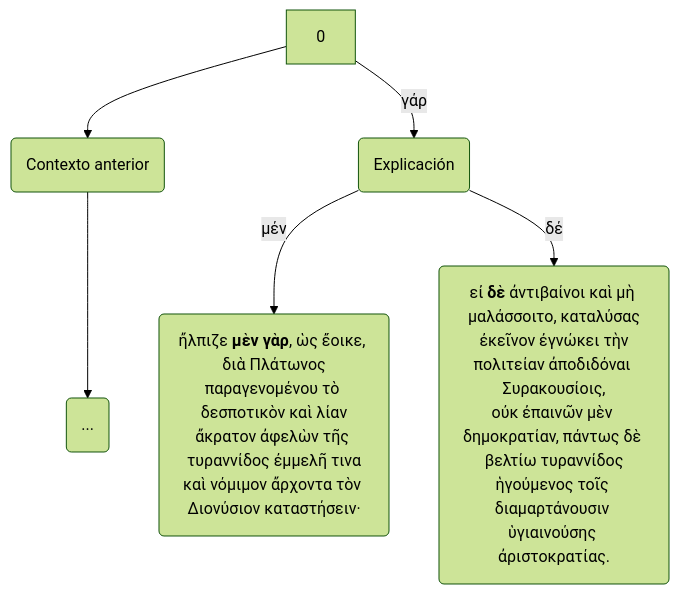
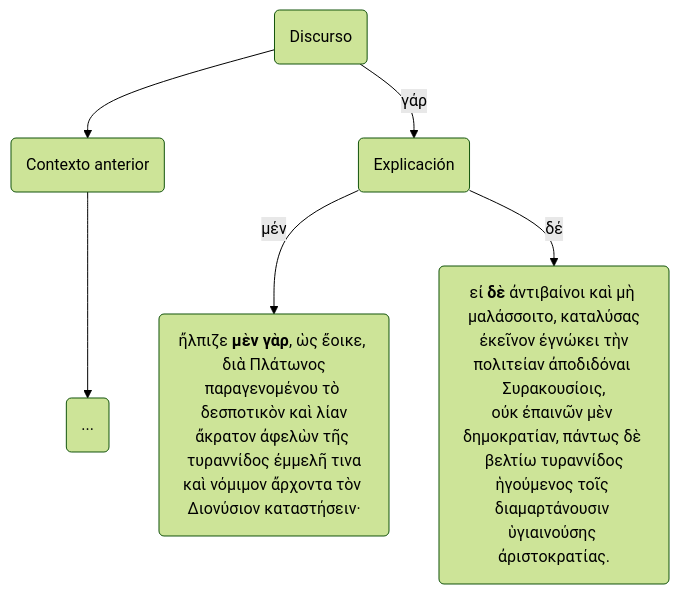
Diagram 11 of 18 in docs/Plutarch_Dion/Dion.md (pajaro1966/Asignaturas), drawn with Mermaid (forest theme) before and after one commit. The commit also changed other lines of this file and 4 other files, not shown here.

````diff
--- a/docs/Plutarch_Dion/Dion.md
+++ b/docs/Plutarch_Dion/Dion.md
@@ -789,13 +789,13 @@
     ```mermaid
     graph TB
-    0-->A("Contexto anterior")-->A1("...")
+    0("Discurso")-->A("Contexto anterior")-->A1("...")
     0-->|"γάρ"|B("Explicación")
     B-->|"μέν"|B1("ἤλπιζε <b>μὲν γὰρ</b>, ὡς ἔοικε, διὰ Πλάτωνος
     παραγενομένου τὸ δεσποτικὸν καὶ λίαν
     ἄκρατον ἀφελὼν τῆς τυραννίδος ἐμμελῆ τινα
     καὶ νόμιμον ἄρχοντα τὸν Διονύσιον καταστήσειν·")
     B-->|"δέ"|B2("εἰ <b>δὲ</b> ἀντιβαίνοι καὶ μὴ μαλάσσοιτο, καταλύσας
      ἐκεῖνον ἐγνώκει τὴν πολιτείαν ἀποδιδόναι Συρακουσίοις,
     οὐκ ἐπαινῶν μὲν δημοκρατίαν, πάντως δὲ βελτίω τυραννίδος
     ἡγούμενος τοῖς διαμαρτάνουσιν ὑγιαινούσης ἀριστοκρατίας.")
     ```
````
